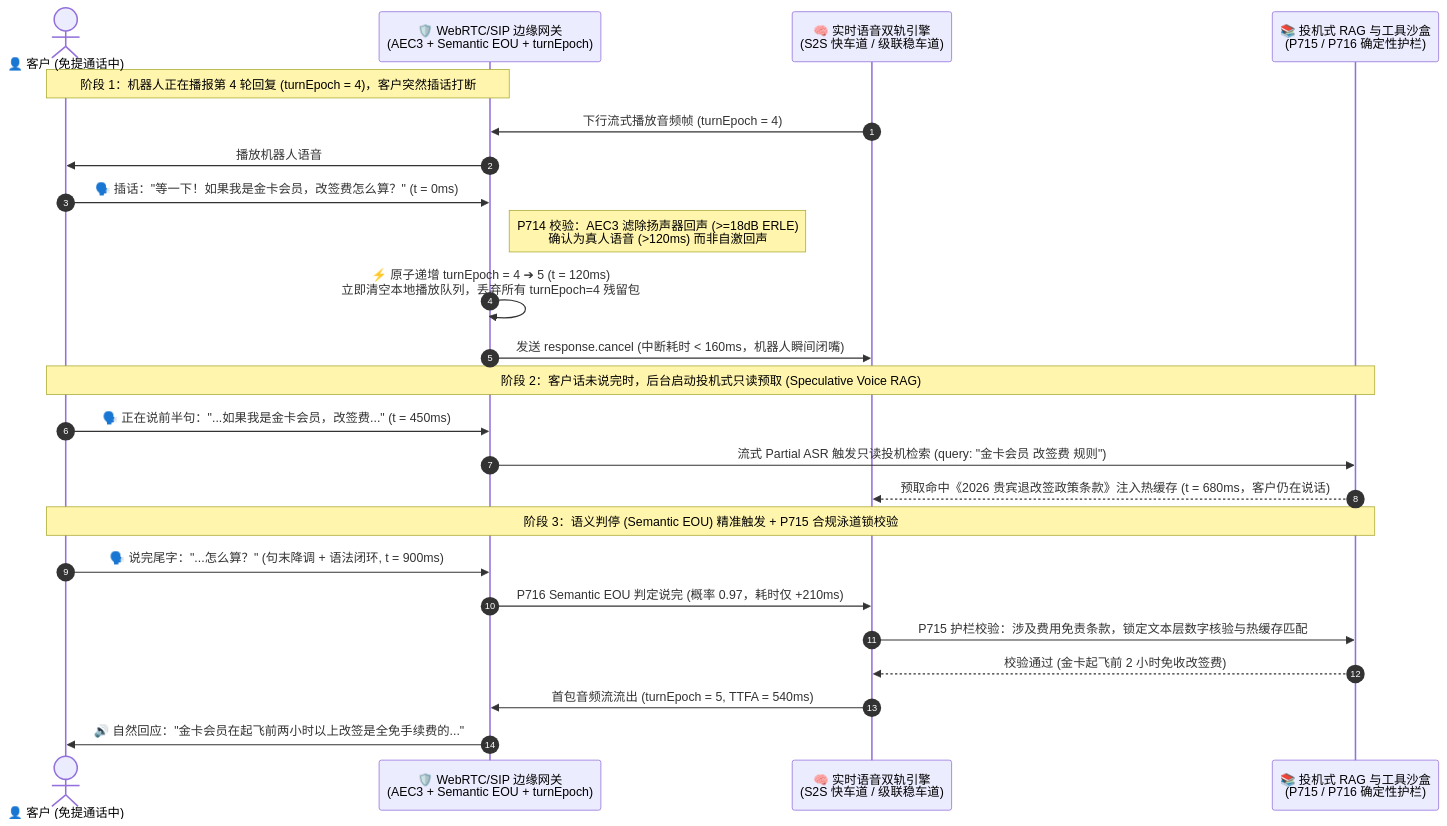
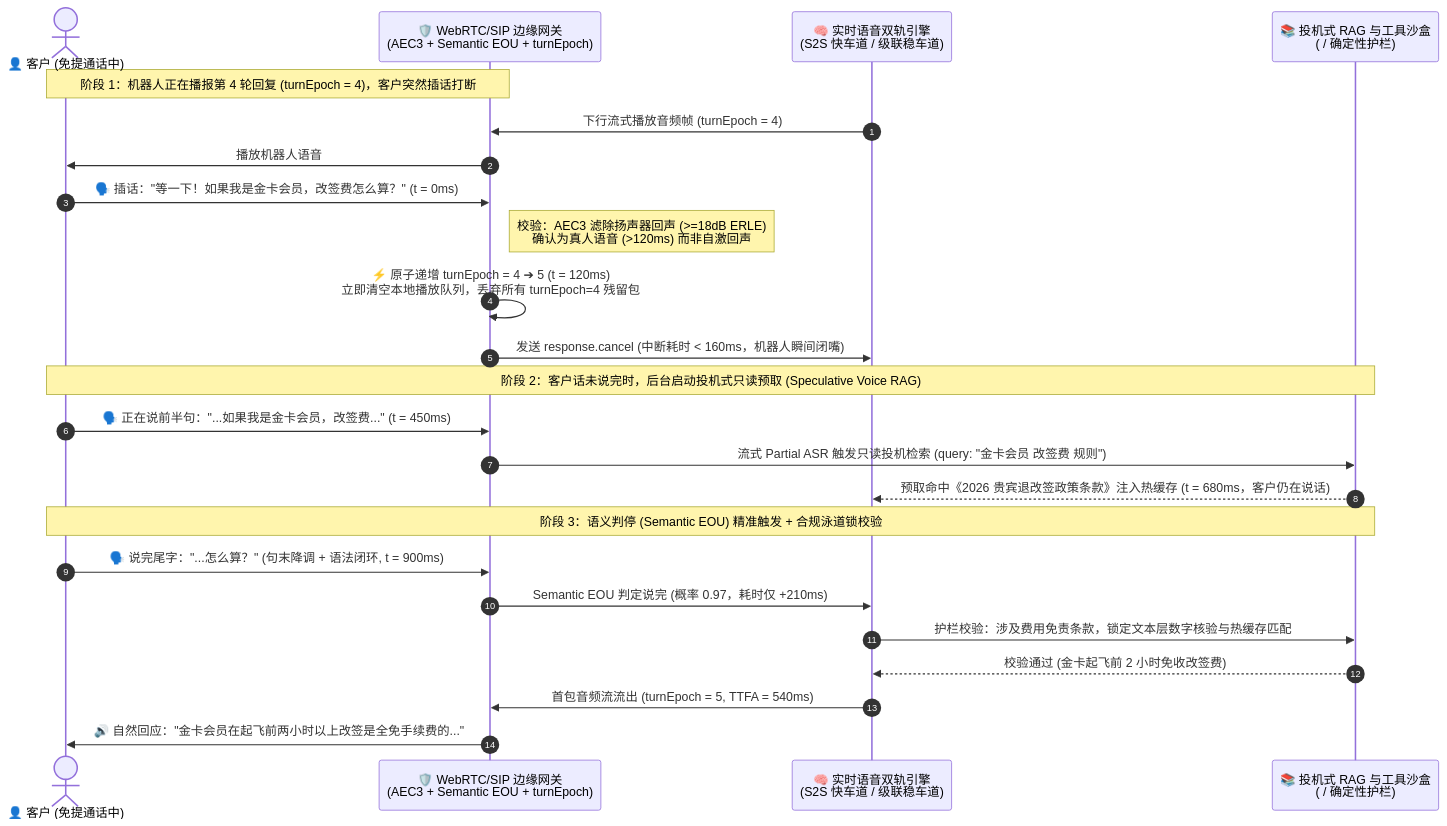
One commit to turbo998/voice-agent-lab changed the third of 3 diagrams in docs/cascaded-vs-s2s-semantic-turn-faq.md. Above: the diagram before and after it, drawn with Mermaid. The commit also changed other lines of this file and 715 other files, not shown here.

````diff
--- a/docs/cascaded-vs-s2s-semantic-turn-faq.md
+++ b/docs/cascaded-vs-s2s-semantic-turn-faq.md
@@ -188,29 +188,29 @@
 ```mermaid
 sequenceDiagram
-    autonumber
-    actor Caller as 👤 客户 (免提通话中)
-    participant Edge as 🛡️ WebRTC/SIP 边缘网关<br/>(AEC3 + Semantic EOU + turnEpoch)
-    participant Engine as 🧠 实时语音双轨引擎<br/>(S2S 快车道 / 级联稳车道)
-    participant RAG as 📚 投机式 RAG 与工具沙盒<br/>(P715 / P716 确定性护栏)
+ autonumber
+ actor Caller as 👤 客户 (免提通话中)
+ participant Edge as 🛡️ WebRTC/SIP 边缘网关<br/>(AEC3 + Semantic EOU + turnEpoch)
+ participant Engine as 🧠 实时语音双轨引擎<br/>(S2S 快车道 / 级联稳车道)
+ participant RAG as 📚 投机式 RAG 与工具沙盒<br/>( / 确定性护栏)
 
-    Note over Caller,Edge: 阶段 1：机器人正在播报第 4 轮回复 (turnEpoch = 4)，客户突然插话打断
-    Engine->>Edge: 下行流式播放音频帧 (turnEpoch = 4)
-    Edge->>Caller: 播放机器人语音
-    Caller->>Edge: 🗣️ 插话："等一下！如果我是金卡会员，改签费怎么算？" (t = 0ms)
-    Note right of Edge: P714 校验：AEC3 滤除扬声器回声 (>=18dB ERLE)<br/>确认为真人语音 (>120ms) 而非自激回声
-    Edge->>Edge: ⚡ 原子递增 turnEpoch = 4 ➔ 5 (t = 120ms)<br/>立即清空本地播放队列，丢弃所有 turnEpoch=4 残留包
-    Edge->>Engine: 发送 response.cancel (中断耗时 < 160ms，机器人瞬间闭嘴)
+ Note over Caller,Edge: 阶段 1：机器人正在播报第 4 轮回复 (turnEpoch = 4)，客户突然插话打断
+ Engine->>Edge: 下行流式播放音频帧 (turnEpoch = 4)
+ Edge->>Caller: 播放机器人语音
+ Caller->>Edge: 🗣️ 插话："等一下！如果我是金卡会员，改签费怎么算？" (t = 0ms)
+ Note right of Edge: 校验：AEC3 滤除扬声器回声 (>=18dB ERLE)<br/>确认为真人语音 (>120ms) 而非自激回声
+ Edge->>Edge: ⚡ 原子递增 turnEpoch = 4 ➔ 5 (t = 120ms)<br/>立即清空本地播放队列，丢弃所有 turnEpoch=4 残留包
+ Edge->>Engine: 发送 response.cancel (中断耗时 < 160ms，机器人瞬间闭嘴)
 
-    Note over Caller,RAG: 阶段 2：客户话未说完时，后台启动投机式只读预取 (Speculative Voice RAG)
-    Caller->>Edge: 🗣️ 正在说前半句："...如果我是金卡会员，改签费..." (t = 450ms)
-    Edge->>RAG: 流式 Partial ASR 触发只读投机检索 (query: "金卡会员 改签费 规则")
-    RAG-->>Engine: 预取命中《2026 贵宾退改签政策条款》注入热缓存 (t = 680ms，客户仍在说话)
+ Note over Caller,RAG: 阶段 2：客户话未说完时，后台启动投机式只读预取 (Speculative Voice RAG)
+ Caller->>Edge: 🗣️ 正在说前半句："...如果我是金卡会员，改签费..." (t = 450ms)
+ Edge->>RAG: 流式 Partial ASR 触发只读投机检索 (query: "金卡会员 改签费 规则")
+ RAG-->>Engine: 预取命中《2026 贵宾退改签政策条款》注入热缓存 (t = 680ms，客户仍在说话)
 
-    Note over Caller,RAG: 阶段 3：语义判停 (Semantic EOU) 精准触发 + P715 合规泳道锁校验
-    Caller->>Edge: 🗣️ 说完尾字："...怎么算？" (句末降调 + 语法闭环, t = 900ms)
-    Edge->>Engine: P716 Semantic EOU 判定说完 (概率 0.97，耗时仅 +210ms)
-    Engine->>RAG: P715 护栏校验：涉及费用免责条款，锁定文本层数字核验与热缓存匹配
-    RAG-->>Engine: 校验通过 (金卡起飞前 2 小时免收改签费)
-    Engine->>Edge: 首包音频流流出 (turnEpoch = 5, TTFA = 540ms)
-    Edge->>Caller: 🔊 自然回应："金卡会员在起飞前两小时以上改签是全免手续费的..."
+ Note over Caller,RAG: 阶段 3：语义判停 (Semantic EOU) 精准触发 + 合规泳道锁校验
+ Caller->>Edge: 🗣️ 说完尾字："...怎么算？" (句末降调 + 语法闭环, t = 900ms)
+ Edge->>Engine: Semantic EOU 判定说完 (概率 0.97，耗时仅 +210ms)
+ Engine->>RAG: 护栏校验：涉及费用免责条款，锁定文本层数字核验与热缓存匹配
+ RAG-->>Engine: 校验通过 (金卡起飞前 2 小时免收改签费)
+ Engine->>Edge: 首包音频流流出 (turnEpoch = 5, TTFA = 540ms)
+ Edge->>Caller: 🔊 自然回应："金卡会员在起飞前两小时以上改签是全免手续费的..."
 ```
````
